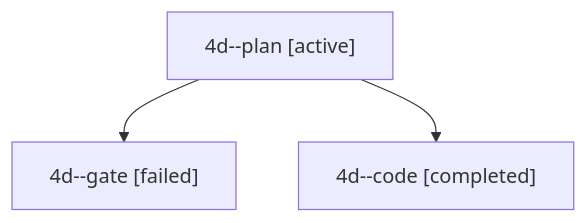
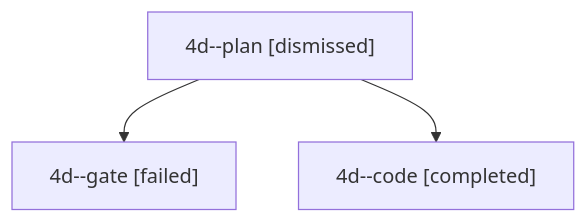
Before and after one commit to bobs-org/bob-cli--agents: the diagram in sessions/bbugyi200.apollo.4d.md, drawn with Mermaid. The commit also changed other lines of this file and 30 other files, not shown here.

````diff
--- a/sessions/bbugyi200.apollo.4d.md
+++ b/sessions/bbugyi200.apollo.4d.md
@@ -9,8 +9,8 @@
 ```mermaid
 flowchart TD
-  n0["4d--plan [active]"]
+  n0["4d--plan [dismissed]"]
   n1["4d--gate [failed]"]
   n0 --> n1
   n2["4d--code [completed]"]
   n0 --> n2
 ```
````
